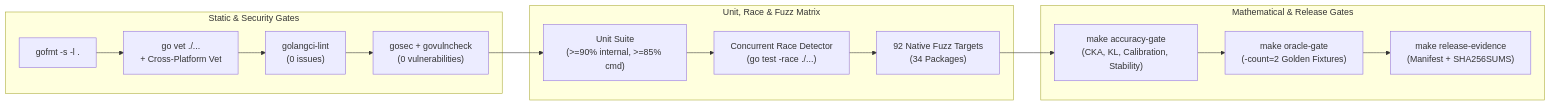
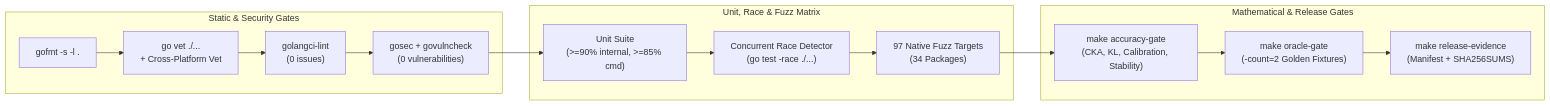
One commit to 23skdu/BurnNotice changed the diagram in docs/testing.md. Above: the diagram before and after it, drawn with Mermaid. The commit also changed 2 other files, not shown here.

Commit message:
docs: update documentation accuracy (fuzz counts, metrics, file paths)

````diff
--- a/docs/testing.md
+++ b/docs/testing.md
@@ -11,23 +11,23 @@
 ```mermaid
 flowchart LR
     subgraph Static["Static & Security Gates"]
         FMT["gofmt -s -l ."]
         VET["go vet ./...\n+ Cross-Platform Vet"]
         LINT["golangci-lint\n(0 issues)"]
         SEC["gosec + govulncheck\n(0 vulnerabilities)"]
     end
 
     subgraph Dynamic["Unit, Race & Fuzz Matrix"]
         UNIT["Unit Suite\n(>=90% internal, >=85% cmd)"]
         RACE["Concurrent Race Detector\n(go test -race ./...)"]
-        FUZZ["92 Native Fuzz Targets\n(34 Packages)"]
+        FUZZ["97 Native Fuzz Targets\n(34 Packages)"]
     end
 
     subgraph Invariants["Mathematical & Release Gates"]
         ACC["make accuracy-gate\n(CKA, KL, Calibration, Stability)"]
         ORA["make oracle-gate\n(-count=2 Golden Fixtures)"]
         EVID["make release-evidence\n(Manifest + SHA256SUMS)"]
     end
 
     FMT --> VET --> LINT --> SEC --> UNIT --> RACE --> FUZZ --> ACC --> ORA --> EVID
 ```
````
